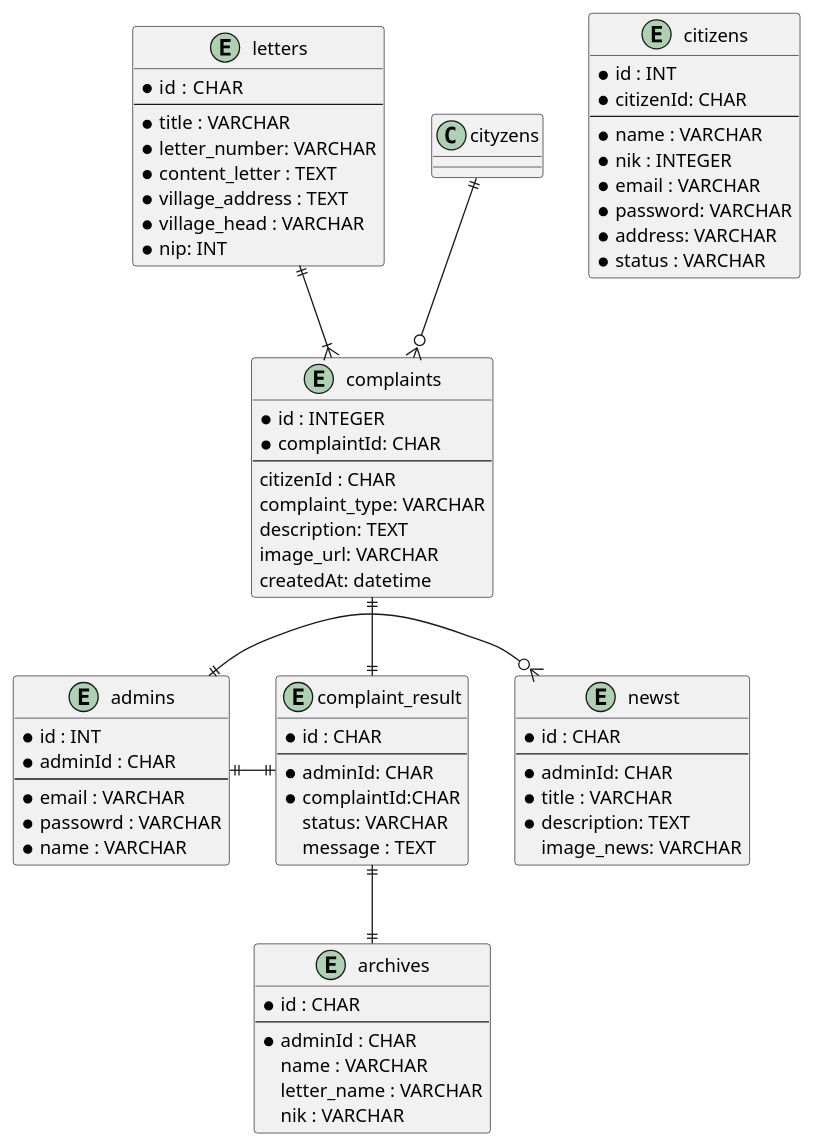
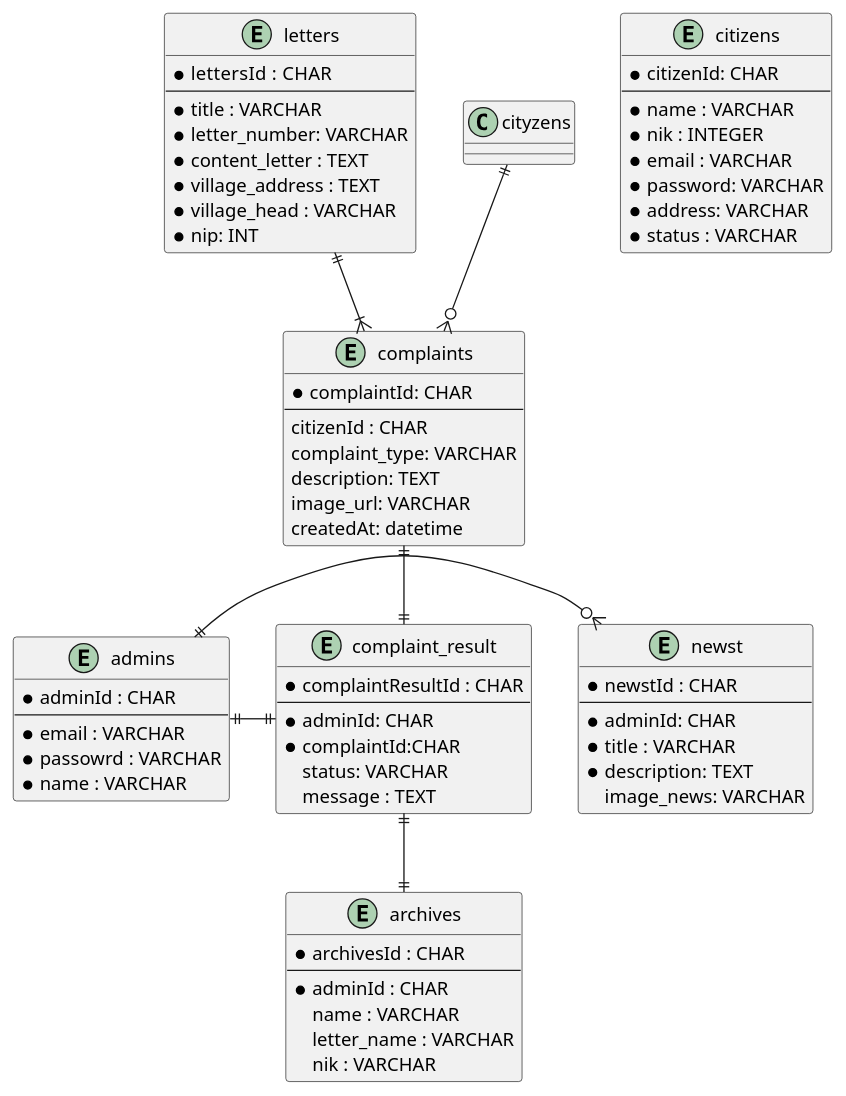
Before and after one commit to resiwicaksono98/Restfull-WadewaApp: the diagram in wadewa.puml, drawn with PlantUML. The commit also changed 19 other files, not shown here.

Commit message:
add multer, service letters, complaints, model complaintResults

```diff
--- a/wadewa.puml
+++ b/wadewa.puml
@@ -1,80 +1,77 @@
 @startuml
 
 entity citizens {
-	* id : INT
 	* citizenId: CHAR
 	--
 	* name : VARCHAR
 	* nik : INTEGER
 	* email : VARCHAR
 	* password: VARCHAR
 	* address: VARCHAR
 	* status : VARCHAR
 }
 
 entity admins {
-	* id : INT
 	* adminId : CHAR
 	--
 	* email : VARCHAR
 	* passowrd : VARCHAR
 	* name : VARCHAR
 }
 
 entity complaints {
-	* id : INTEGER
 	* complaintId: CHAR
 	--
 	citizenId : CHAR
 	complaint_type: VARCHAR
 	description: TEXT
 	image_url: VARCHAR
 	createdAt: datetime
 }
 
 entity complaint_result {
-	* id : CHAR
+	* complaintResultId : CHAR
 	--
 	* adminId: CHAR
 	* complaintId:CHAR
 	status: VARCHAR
 	message : TEXT
 }
 
 entity newst {
-	* id : CHAR
+	* newstId : CHAR
 	--
 	* adminId: CHAR
 	* title : VARCHAR
 	* description: TEXT
 	image_news: VARCHAR
 }
 
 entity letters {
-	* id :  CHAR
+	* lettersId :  CHAR
 	--
 	* title : VARCHAR
 	* letter_number: VARCHAR
 	* content_letter : TEXT
 	* village_address : TEXT
 	* village_head : VARCHAR
 	* nip: INT
 }
 
 entity archives {
-	* id : CHAR
+	* archivesId : CHAR
 	--
 	* adminId : CHAR
 	name : VARCHAR
 	letter_name : VARCHAR
 	nik : VARCHAR
 }
 
 cityzens ||--o{ complaints
 complaints ||--|| complaint_result
 letters ||--|{ complaints
 admins ||-o{ newst
 admins ||-|| complaint_result
 complaint_result ||--|| archives
 
 @enduml
```
